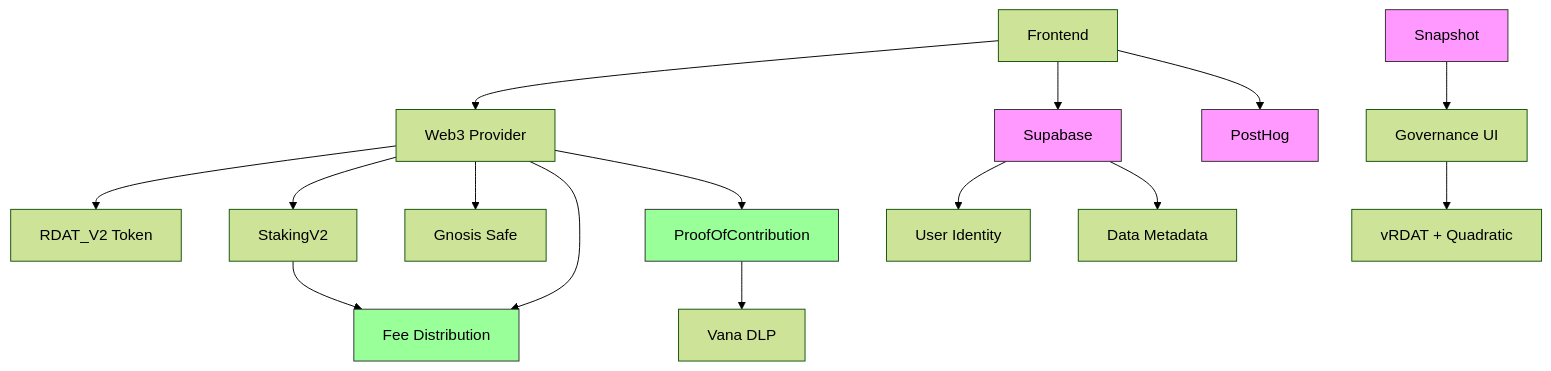
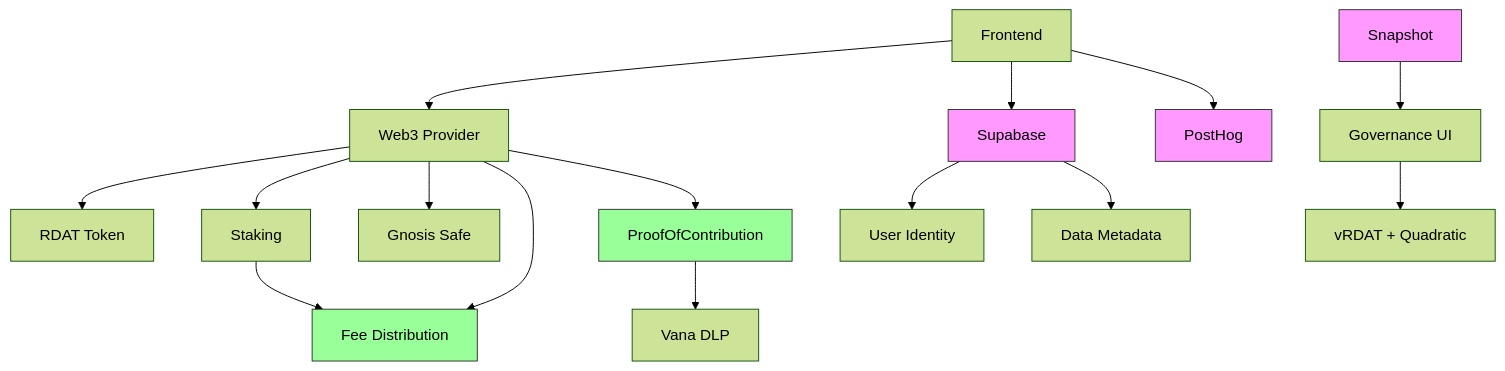
Before and after one commit to rdatadao-v2/rdatadao-contracts: the first of 2 diagrams in RECOMMENDATIONS.md, drawn with Mermaid (forest theme). The commit also changed other lines of this file and 9 other files, not shown here.

````diff
--- a/RECOMMENDATIONS.md
+++ b/RECOMMENDATIONS.md
@@ -609,27 +609,27 @@
 ```mermaid
 graph TD
     A[Frontend] --> B[Web3 Provider]
     A --> C[Supabase]
     A --> D[PostHog]
     
-    B --> E[RDAT_V2 Token]
-    B --> F[StakingV2]
+    B --> E[RDAT Token]
+    B --> F[Staking]
     B --> G[Gnosis Safe]
     B --> N[RevenueCollector]
     B --> O[ProofOfContribution]
     
     C --> H[User Identity]
     C --> I[Data Metadata]
     
     J[Snapshot] --> K[Governance UI]
     K --> L[vRDAT + Quadratic]
     
     F --> N[Fee Distribution]
     O --> P[Vana DLP]
     
     style C fill:#f9f,stroke:#333
     style J fill:#f9f,stroke:#333
     style D fill:#f9f,stroke:#333
     style N fill:#9f9,stroke:#333
     style O fill:#9f9,stroke:#333
 ```
````
